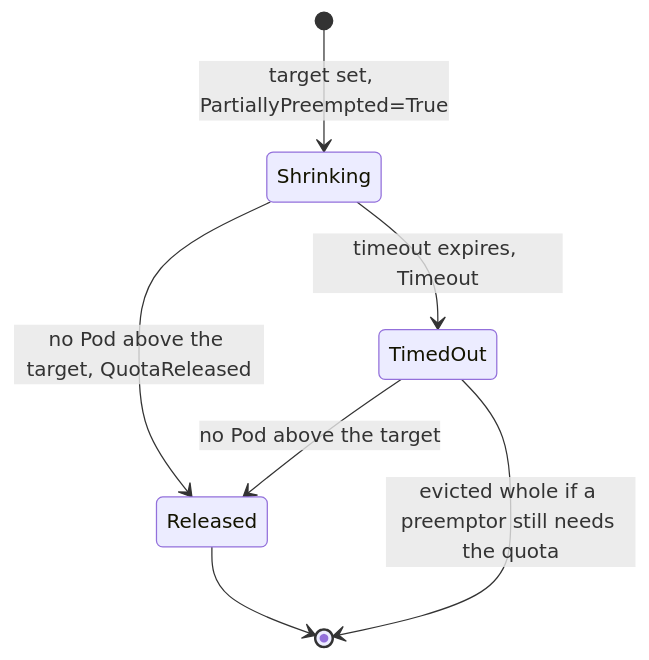
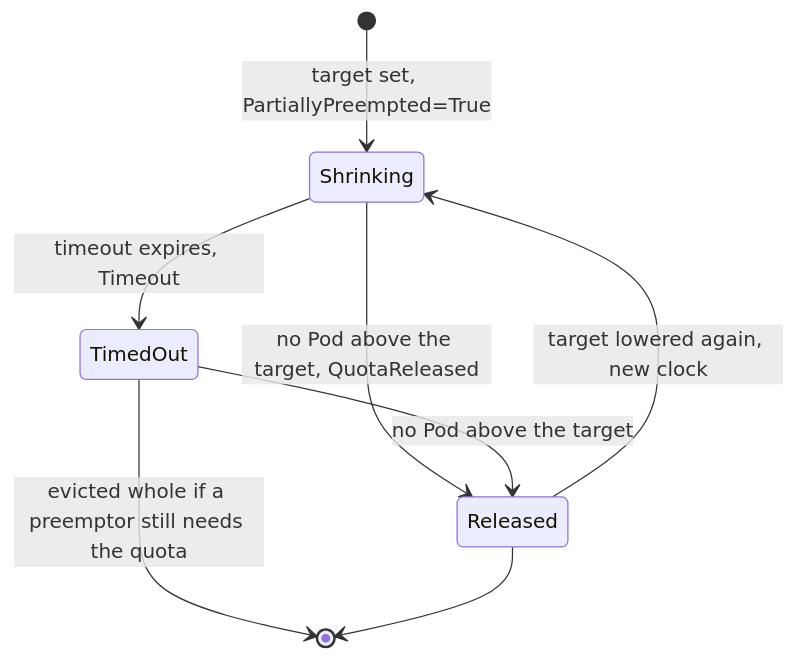
One commit to kubernetes-sigs/kueue changed the second of 2 diagrams in keps/975-partial-preemption/README.md. Above: the diagram before and after it, drawn with Mermaid. The commit also changed other lines of this file, not shown here.

````diff
--- a/keps/975-partial-preemption/README.md
+++ b/keps/975-partial-preemption/README.md
@@ -559,9 +619,10 @@
 ```mermaid
 stateDiagram-v2
     [*] --> Shrinking: target set, PartiallyPreempted=True
     Shrinking --> Released: no Pod above the target, QuotaReleased
     Shrinking --> TimedOut: timeout expires, Timeout
     TimedOut --> Released: no Pod above the target
     TimedOut --> [*]: evicted whole if a preemptor still needs the quota
+    Released --> Shrinking: target lowered again, new clock
     Released --> [*]
 ```
````
